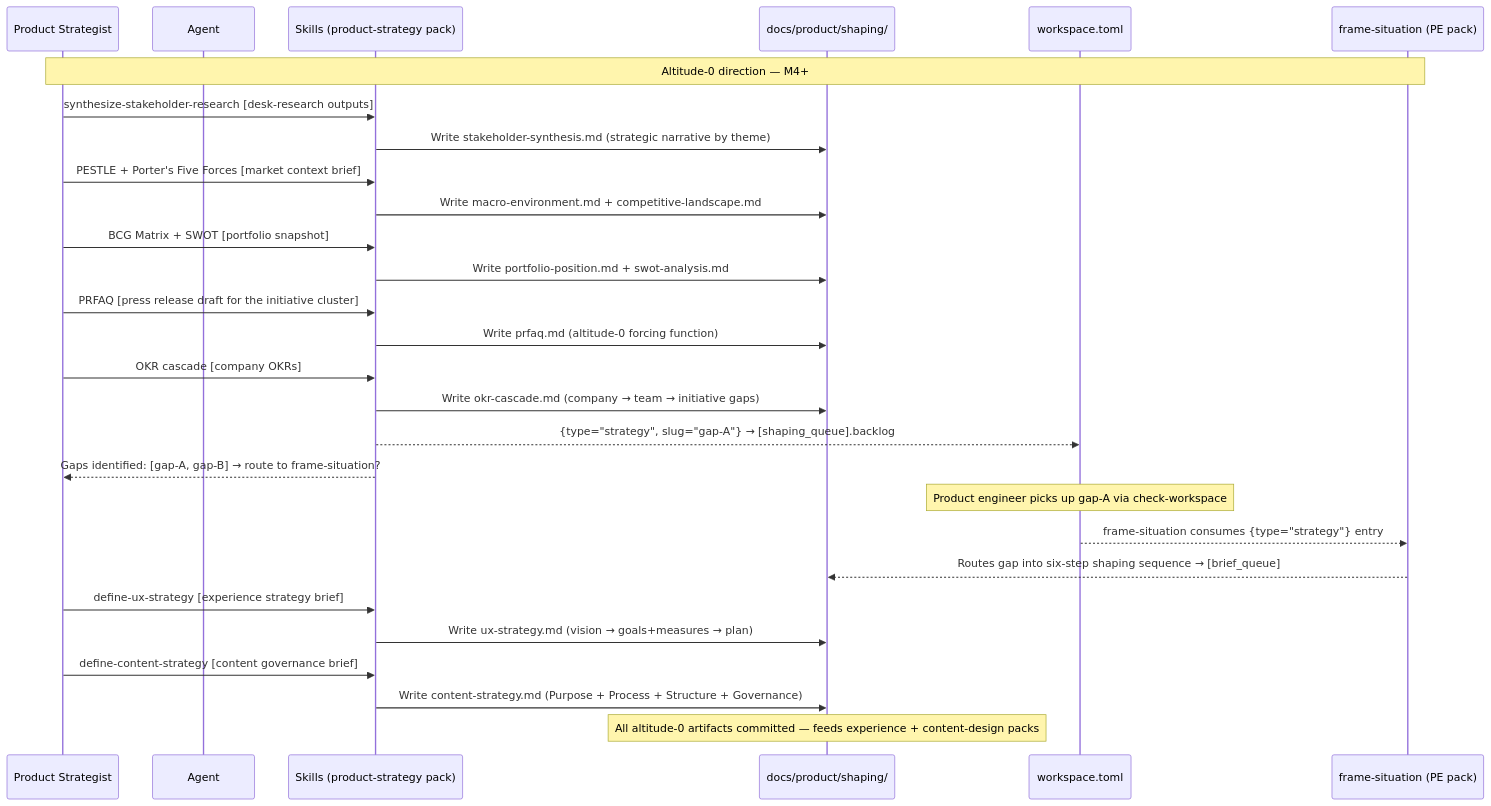
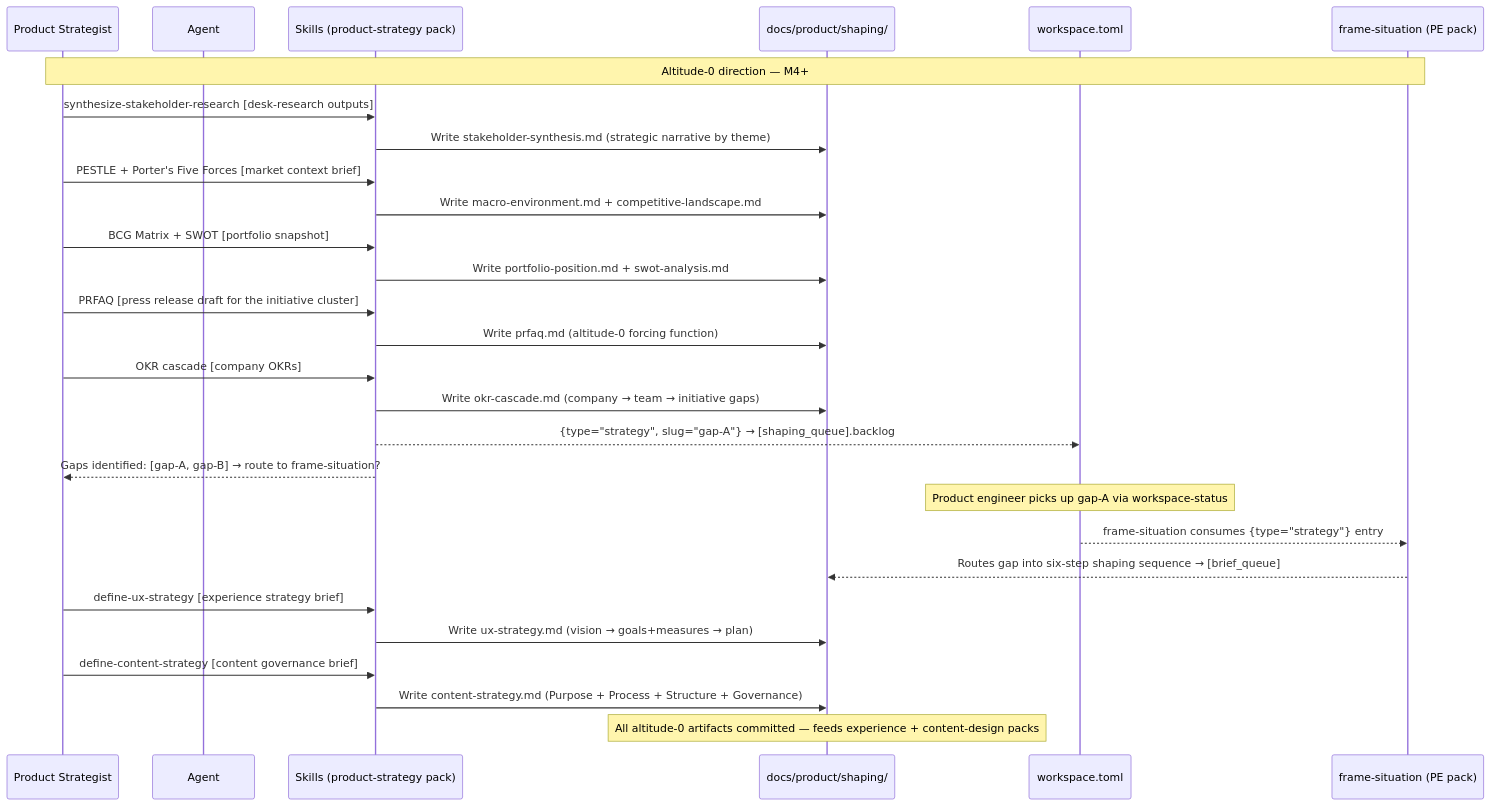
The second of 2 diagrams in docs/product/journeys/product-strategist-sets-direction.md (eugenelim/agent-ready-repo), drawn with Mermaid before and after one commit. The commit also changed other lines of this file and 40 other files, not shown here.

First line of the commit message:
feat(core): rename check-workspace → workspace-status (RFC-0067 Change A) (#565)

````diff
--- a/docs/product/journeys/product-strategist-sets-direction.md
+++ b/docs/product/journeys/product-strategist-sets-direction.md
@@ -70,31 +70,31 @@
 ```mermaid
 sequenceDiagram
     participant S as Product Strategist
     participant A as Agent
     participant SK as Skills (product-strategy pack)
     participant SA as docs/product/shaping/
     participant WS as workspace.toml
     participant PE as frame-situation (PE pack)
 
     Note over S,PE: Altitude-0 direction — M4+
     S->>SK: synthesize-stakeholder-research [desk-research outputs]
     SK->>SA: Write stakeholder-synthesis.md (strategic narrative by theme)
     S->>SK: PESTLE + Porter's Five Forces [market context brief]
     SK->>SA: Write macro-environment.md + competitive-landscape.md
     S->>SK: BCG Matrix + SWOT [portfolio snapshot]
     SK->>SA: Write portfolio-position.md + swot-analysis.md
     S->>SK: PRFAQ [press release draft for the initiative cluster]
     SK->>SA: Write prfaq.md (altitude-0 forcing function)
     S->>SK: OKR cascade [company OKRs]
     SK->>SA: Write okr-cascade.md (company → team → initiative gaps)
     SK-->>WS: {type="strategy", slug="gap-A"} → [shaping_queue].backlog
     SK-->>S: Gaps identified: [gap-A, gap-B] → route to frame-situation?
-    Note over WS: Product engineer picks up gap-A via check-workspace
+    Note over WS: Product engineer picks up gap-A via workspace-status
     WS-->>PE: frame-situation consumes {type="strategy"} entry
     PE-->>SA: Routes gap into six-step shaping sequence → [brief_queue]
     S->>SK: define-ux-strategy [experience strategy brief]
     SK->>SA: Write ux-strategy.md (vision → goals+measures → plan)
     S->>SK: define-content-strategy [content governance brief]
     SK->>SA: Write content-strategy.md (Purpose + Process + Structure + Governance)
     Note over SA: All altitude-0 artifacts committed — feeds experience + content-design packs
 ```
````
